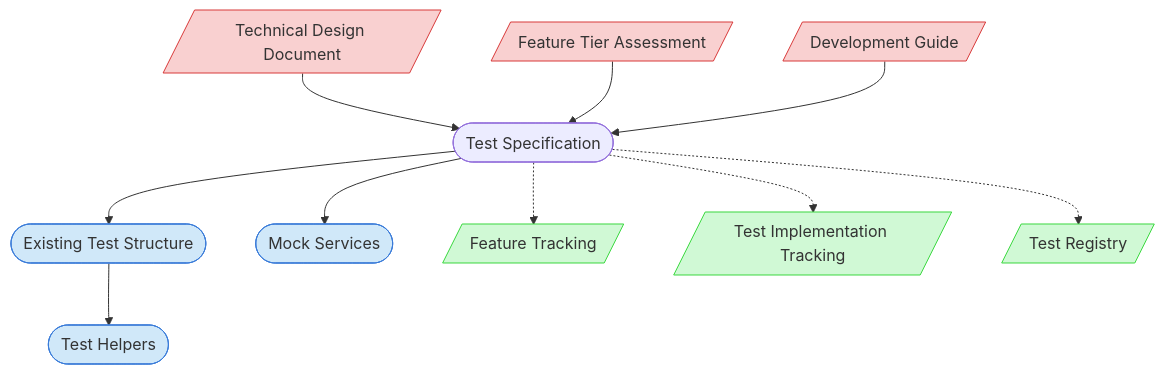
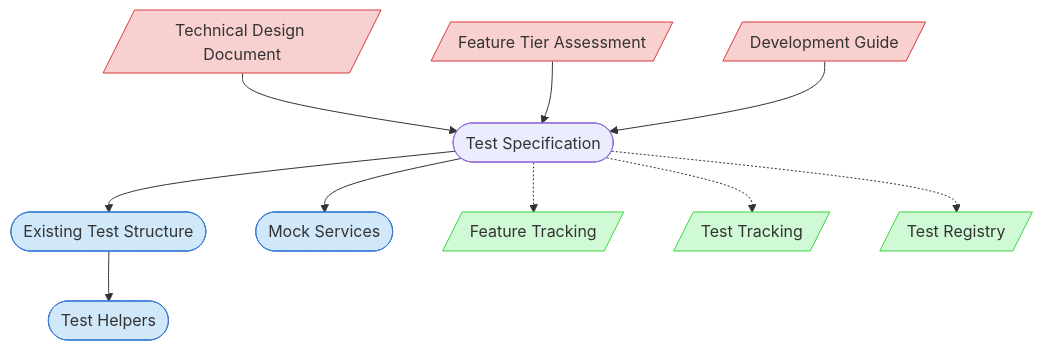
The diagram in doc/process-framework/visualization/context-maps/03-testing/test-specification-creation-map.md (Abtomation/LinkWatcher), drawn with Mermaid before and after one commit. The commit also changed other lines of this file and 513 other files, not shown here.

````diff
--- a/doc/process-framework/visualization/context-maps/03-testing/test-specification-creation-map.md
+++ b/doc/process-framework/visualization/context-maps/03-testing/test-specification-creation-map.md
@@ -19,20 +19,20 @@
 ```mermaid
 graph TD
     classDef critical fill:#f9d0d0,stroke:#d83a3a
     classDef important fill:#d0e8f9,stroke:#3a7bd8
     classDef reference fill:#d0f9d5,stroke:#3ad83f
 
     TDD[/Technical Design Document/] --> TestSpec([Test Specification])
     TierAssessment[/Feature Tier Assessment/] --> TestSpec
     DevGuide[/Development Guide/] --> TestSpec
     TestSpec --> TestStructure([Existing Test Structure])
     TestSpec --> MockServices([Mock Services])
     TestStructure --> TestHelpers([Test Helpers])
     TestSpec -.-> FeatureTracking[/Feature Tracking/]
-    TestSpec -.-> TestImplTracking[/Test Implementation Tracking/]
+    TestSpec -.-> TestImplTracking[/Test Tracking/]
     TestSpec -.-> TestRegistry[/Test Registry/]
 
     class TDD,TierAssessment,DevGuide critical
     class TestStructure,MockServices,TestHelpers important
     class FeatureTracking,TestImplTracking,TestRegistry reference
 ```
````
